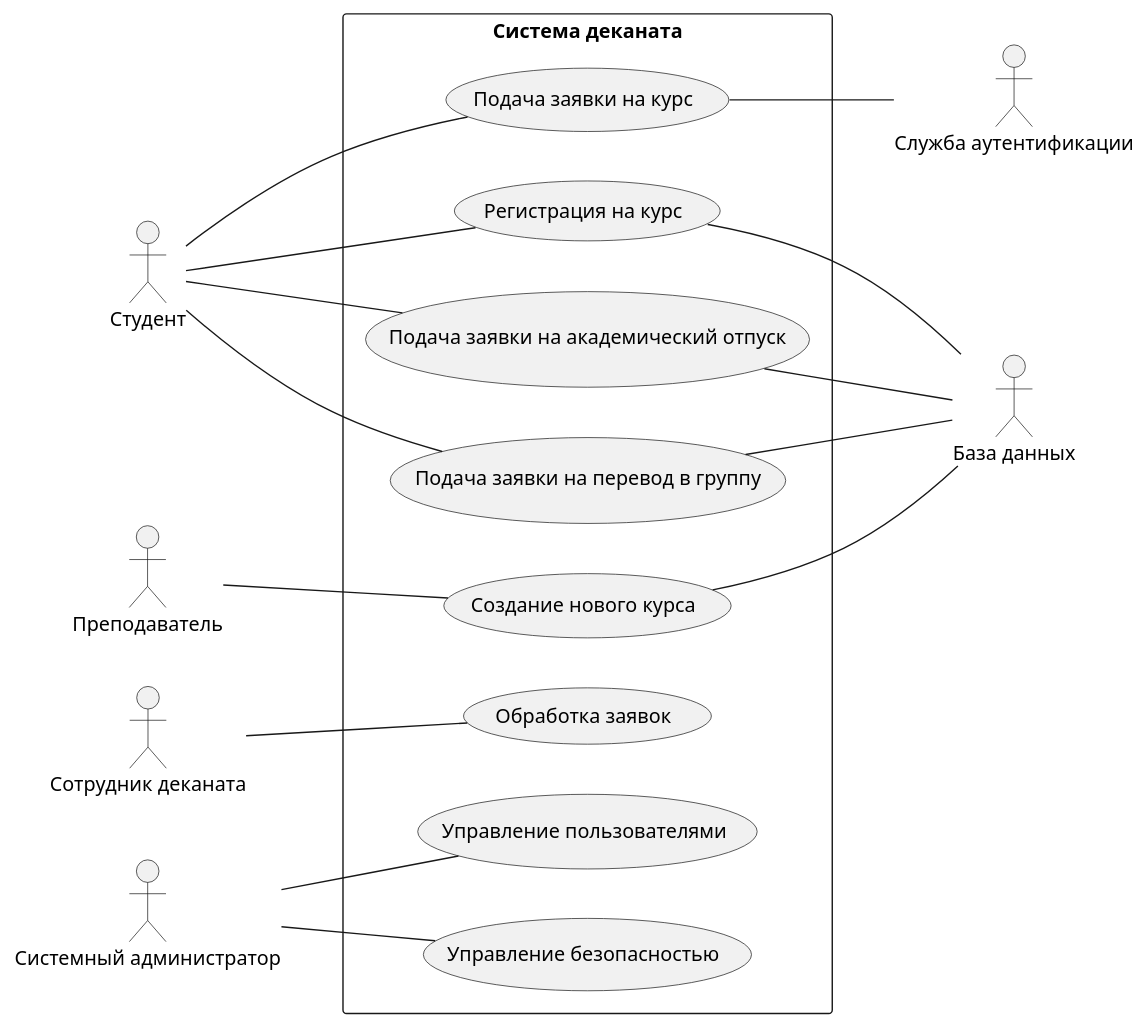
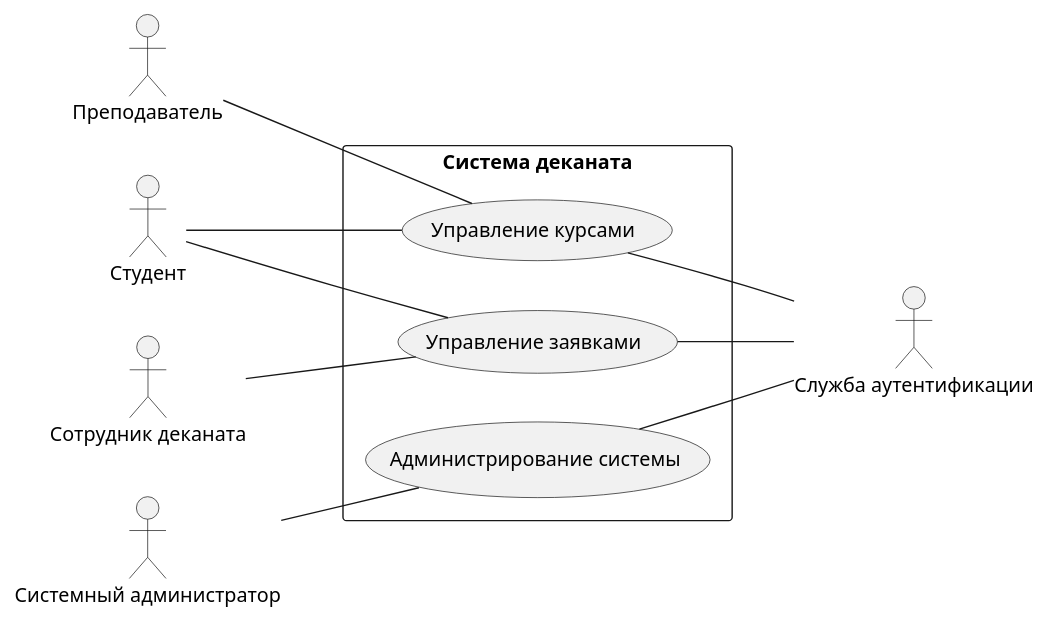
Before and after one commit to penamarth/bsbo-02-22_team4_var4: the diagram in Прецеденты/Диаграмма прецедентов.md, drawn with PlantUML.

Commit message:
Update Диаграмма прецедентов.md

````diff
--- a/Прецеденты/Диаграмма прецедентов.md
+++ b/Прецеденты/Диаграмма прецедентов.md
@@ -1,46 +1,36 @@
 ```plantuml
 @startuml
 skinparam packageStyle rect
 left to right direction
 
 :Студент:
 :Преподаватель:
 :Сотрудник деканата:
 :Системный администратор:
 
 package "Система деканата" {
 
-(Подача заявки на курс)
-(Создание нового курса)
-(Регистрация на курс)
-(Подача заявки на академический отпуск)
-(Подача заявки на перевод в группу)
-(Управление безопасностью)
-(Управление пользователями)
-(Обработка заявок)
+(Управление курсами)
+(Управление заявками)
+(Администрирование системы)
 
 }
 
-:Студент: -- (Подача заявки на курс)
-:Студент: -- (Регистрация на курс)
-:Студент: -- (Подача заявки на академический отпуск)
-:Студент: -- (Подача заявки на перевод в группу)
+:Студент: -- (Управление курсами)
+:Студент: -- (Управление заявками)
 
-:Преподаватель: -- (Создание нового курса)
+:Преподаватель: -- (Управление курсами)
 
-:Сотрудник деканата: -- (Обработка заявок)
+:Сотрудник деканата: -- (Управление заявками)
 
-:Системный администратор: -- (Управление безопасностью)
-:Системный администратор: -- (Управление пользователями)
+:Системный администратор: -- (Администрирование системы)
 
 :Служба аутентификации:
-:База данных:
 
-(Подача заявки на курс) -- :Служба аутентификации:
-(Регистрация на курс) -- :База данных:
-(Подача заявки на академический отпуск) -- :База данных:
-(Подача заявки на перевод в группу) -- :База данных:
-(Создание нового курса) -- :База данных:
+(Управление курсами) -- :Служба аутентификации:
+(Управление заявками) -- :Служба аутентификации:
+(Администрирование системы) -- :Служба аутентификации:
 
 @enduml
+
 ```
````
